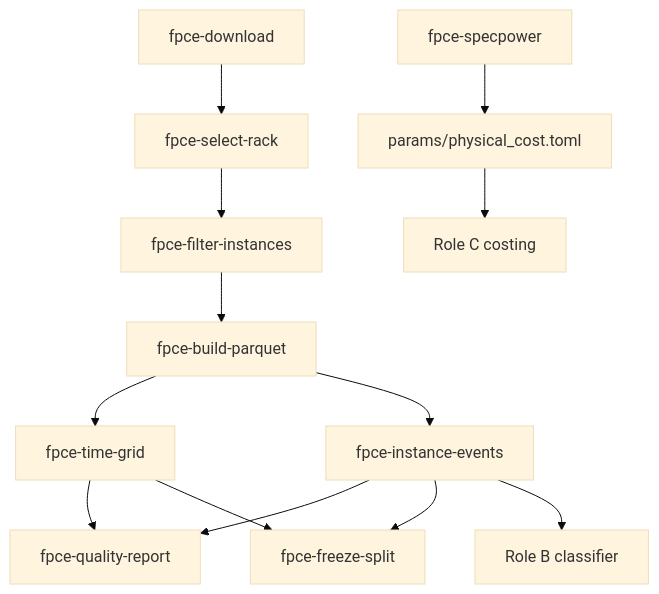
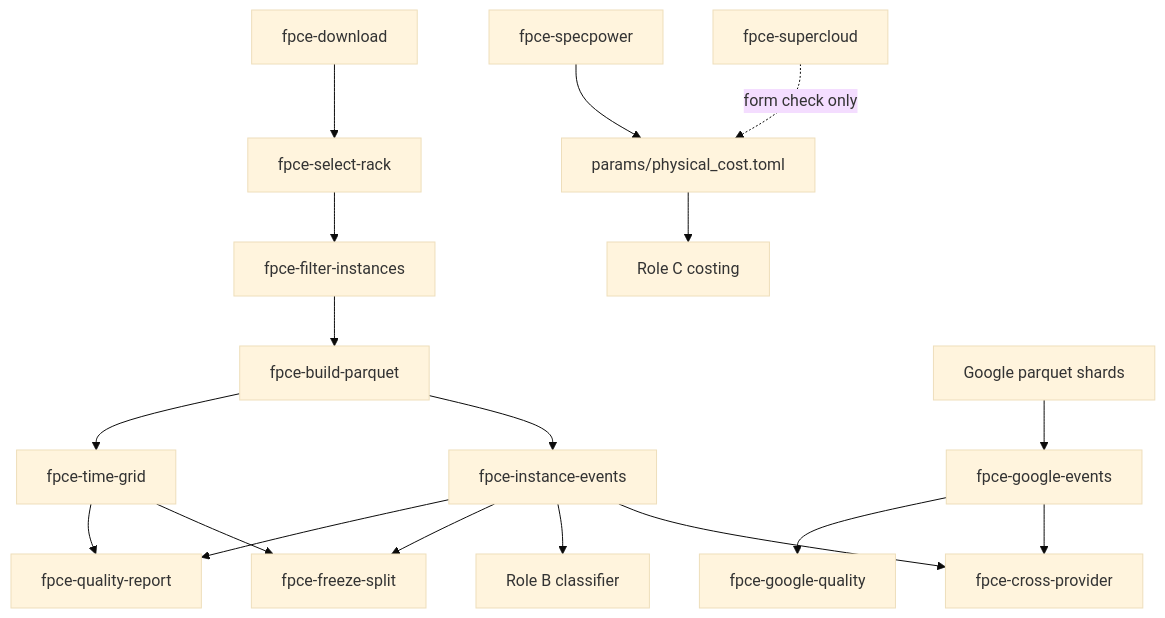
One commit to karimepachecog/fpce changed the diagram in docs/pipeline.md. Above: the diagram before and after it, drawn with Mermaid (base theme). The commit also changed other lines of this file and 51 other files, not shown here.

````diff
--- a/docs/pipeline.md
+++ b/docs/pipeline.md
@@ -7,15 +7,20 @@
 ```mermaid
 flowchart TD
   dl[fpce-download] --> sel[fpce-select-rack]
   sel --> filt[fpce-filter-instances]
   filt --> bp[fpce-build-parquet]
   bp --> tg[fpce-time-grid]
   bp --> ie[fpce-instance-events]
   ie --> qr[fpce-quality-report]
   tg --> qr
   ie --> fs[fpce-freeze-split]
   tg --> fs
   spec[fpce-specpower] --> params[params/physical_cost.toml]
   ie --> roleB[Role B classifier]
   params --> roleC[Role C costing]
+  sc[fpce-supercloud] -.->|form check only| params
+  gq[Google parquet shards] --> ge[fpce-google-events]
+  ge --> gqual[fpce-google-quality]
+  ge --> xp[fpce-cross-provider]
+  ie --> xp
 ```
````
